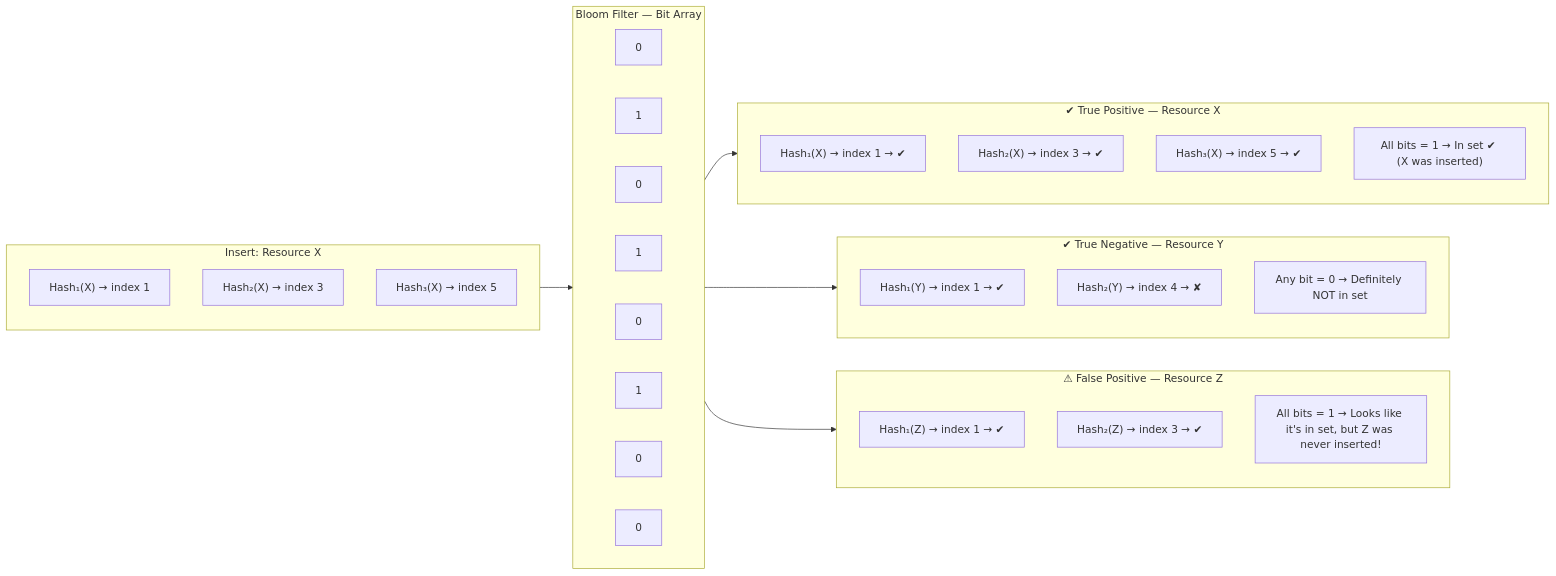
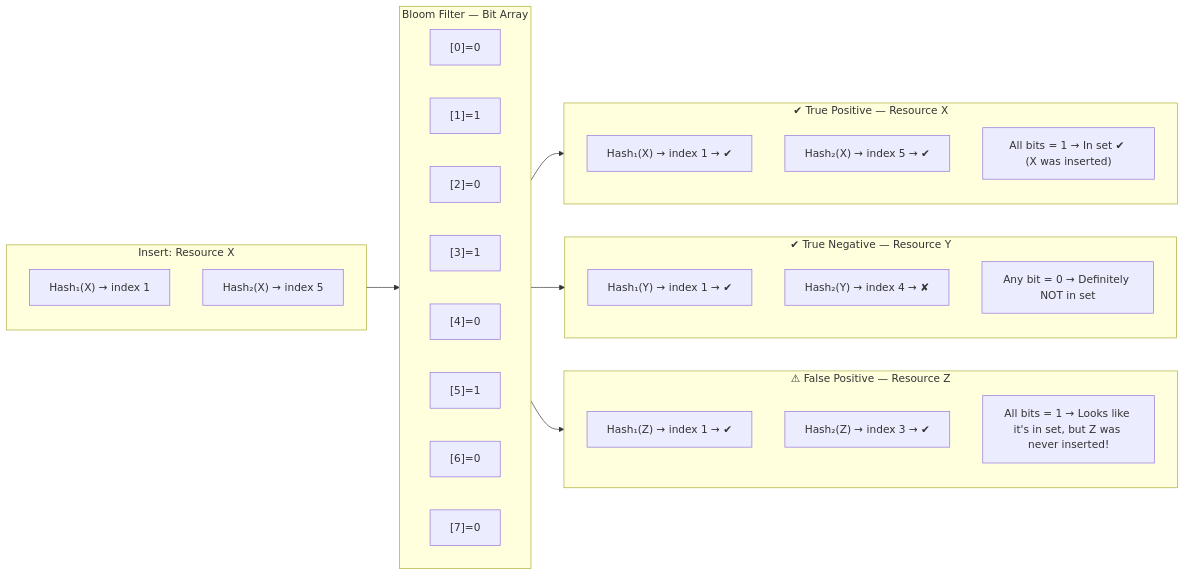
Before and after one commit to mvsnbharath/Design: the fourth of 6 diagrams in AWS/Msft/e2e.md, drawn with Mermaid.

````diff
--- a/AWS/Msft/e2e.md
+++ b/AWS/Msft/e2e.md
@@ -64,44 +64,42 @@
 ```mermaid
 flowchart LR
-    subgraph BF[Bloom Filter — Bit Array]
+    subgraph BF["Bloom Filter — Bit Array"]
         direction LR
-        B0[0]
-        B1[1]
-        B2[0]
-        B3[1]
-        B4[0]
-        B5[1]
-        B6[0]
-        B7[0]
+        B0["[0]=0"]
+        B1["[1]=1"]
+        B2["[2]=0"]
+        B3["[3]=1"]
+        B4["[4]=0"]
+        B5["[5]=1"]
+        B6["[6]=0"]
+        B7["[7]=0"]
     end
 
-    subgraph Insert[Insert: Resource X]
+    subgraph Insert["Insert: Resource X"]
         H1["Hash₁(X) → index 1"]
-        H2["Hash₂(X) → index 3"]
-        H3["Hash₃(X) → index 5"]
+        H2["Hash₂(X) → index 5"]
     end
 
     subgraph Lookup_TP["✔ True Positive — Resource X"]
         T1["Hash₁(X) → index 1 → ✔"]
-        T2["Hash₂(X) → index 3 → ✔"]
-        T3["Hash₃(X) → index 5 → ✔"]
-        T4["All bits = 1 → In set ✔ (X was inserted)"]
+        T2["Hash₂(X) → index 5 → ✔"]
+        T3["All bits = 1 → In set ✔ (X was inserted)"]
     end
 
     subgraph Lookup_TN["✔ True Negative — Resource Y"]
         L1["Hash₁(Y) → index 1 → ✔"]
         L2["Hash₂(Y) → index 4 → ✘"]
         L3["Any bit = 0 → Definitely NOT in set"]
     end
 
     subgraph Lookup_FP["⚠ False Positive — Resource Z"]
         F1["Hash₁(Z) → index 1 → ✔"]
         F2["Hash₂(Z) → index 3 → ✔"]
         F3["All bits = 1 → Looks like it's in set, but Z was never inserted!"]
     end
 
     Insert --> BF
     BF --> Lookup_TP
     BF --> Lookup_TN
     BF --> Lookup_FP
 ```
````
